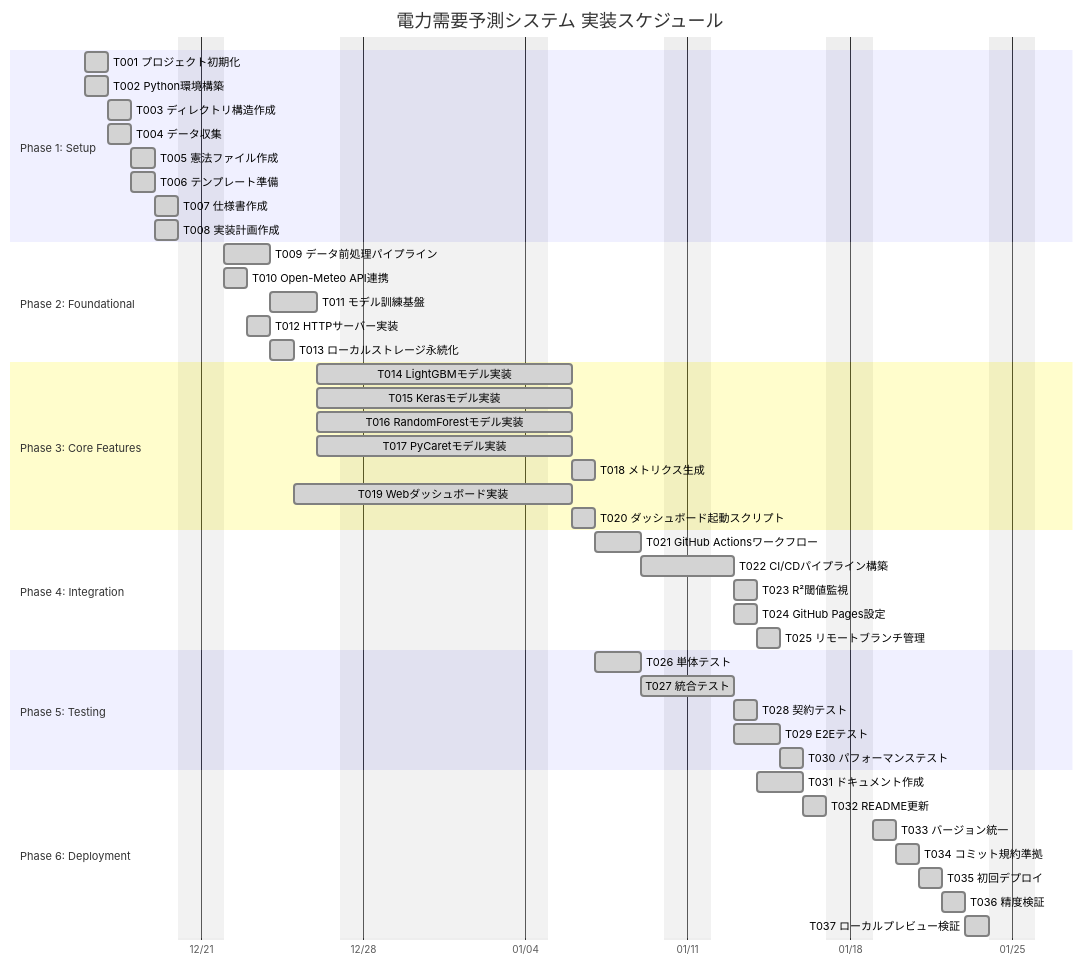
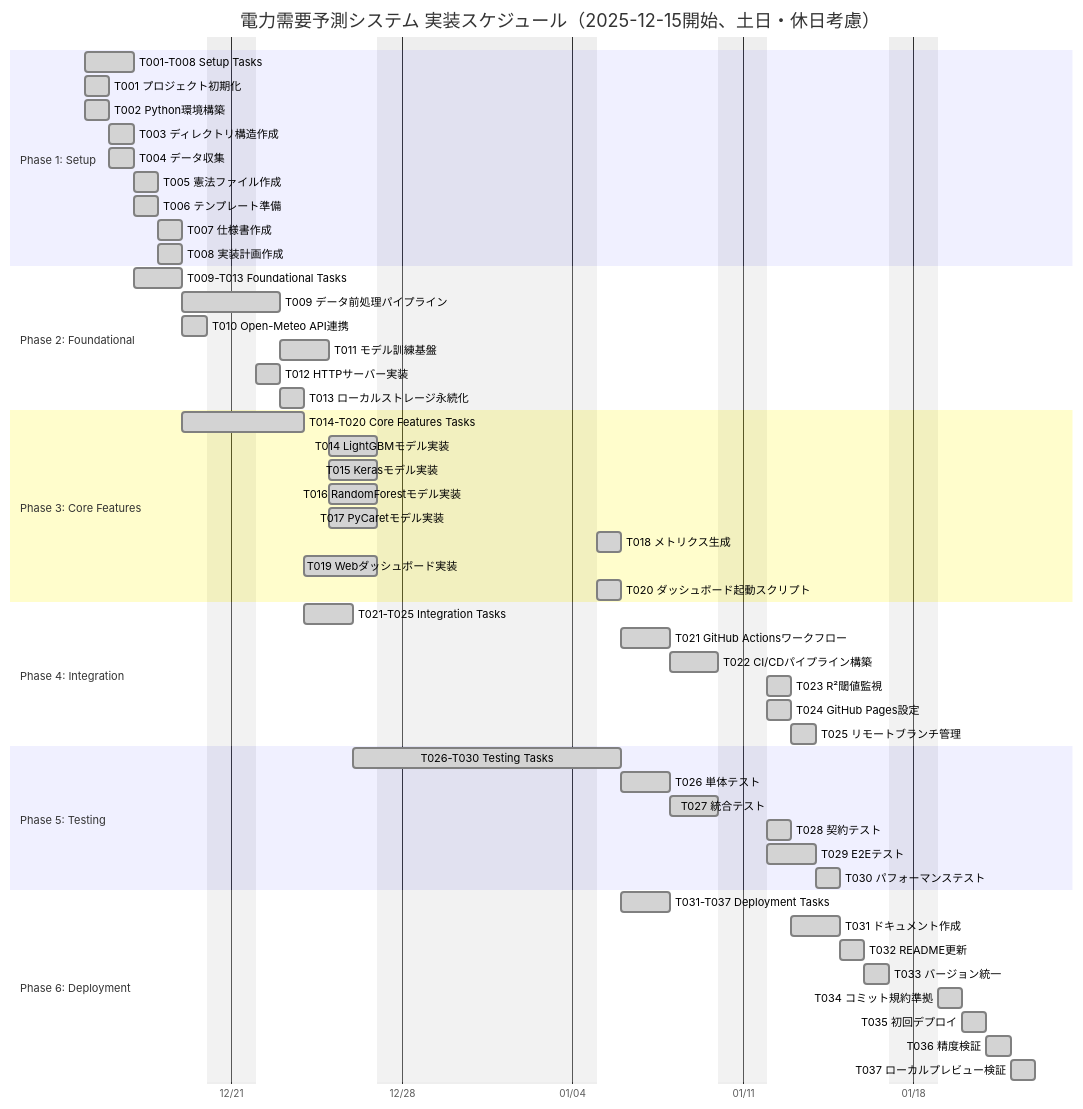
Before and after one commit to J1921604/Power-Demand-Forecast: the diagram in specs/001-Power-Demand-Forecast/tasks.md, drawn with Mermaid. The commit also changed other lines of this file and 2 other files, not shown here.

Commit message:
docs: tasks.md\u30ac\u30f3\u30c8\u30c1\u30e3\u30fc\u30c82025-12-15\u958b\u59cb\u306b\u4fee\u6b63\u3001plan.md\u69cb\u9020\u4fee\u6b63 - tasks.md: \u30ac\u30f3\u30c8\u30c1\u30e3\u30fc\u30c8\u958b\u59cb\u65e5\u30922025-12-15\u306b\u5909\u66f4 - tasks.md: Phase\u5225\u30bf\u30b9\u30af\u30b0\u30eb\u30fc\u30d7\uff08T001-T008\u7b49\uff09\u3092\u8ffd\u52a0 - tasks.md: \u30bf\u30a4\u30c8\u30eb\u306b\u300c2025-12-15\u958b\u59cb\u3001\u571f\u65e5\u30fb\u4f11\u65e5\u8003\u616e\u300d\u3092\u660e\u8a18 - plan.md: specs/\u69cb\u9020\u3092specs/001-Power-Demand-Forecast/\u306b\u6b63\u78ba\u306b\u4fee\u6b63 - plan.md: \u5168\u30c9\u30ad\u30e5\u30e1\u30f3\u30c8\u304cspecs/001-Power-Demand-Forecast/\u914d\u4e0b\u306b\u3042\u308b\u3053\u3068\u3092\u53cd\u6620

````diff
--- a/specs/001-Power-Demand-Forecast/tasks.md
+++ b/specs/001-Power-Demand-Forecast/tasks.md
@@ -24,56 +24,62 @@
 ```mermaid
 gantt
-    title 電力需要予測システム 実装スケジュール
+    title 電力需要予測システム 実装スケジュール（2025-12-15開始、土日・休日考慮）
     dateFormat YYYY-MM-DD
     axisFormat %m/%d
     excludes weekends 2025-12-28 2025-12-29 2025-12-30 2025-12-31 2026-01-01 2026-01-02 2026-01-03
   
     section Phase 1: Setup
-    T001 プロジェクト初期化           :done, t001, 2025-12-16, 1d
-    T002 Python環境構築               :done, t002, 2025-12-16, 1d
-    T003 ディレクトリ構造作成         :done, t003, 2025-12-17, 1d
-    T004 データ収集                   :done, t004, 2025-12-17, 1d
-    T005 憲法ファイル作成             :done, t005, 2025-12-18, 1d
-    T006 テンプレート準備             :done, t006, 2025-12-18, 1d
-    T007 仕様書作成                   :done, t007, 2025-12-19, 1d
-    T008 実装計画作成                 :done, t008, 2025-12-19, 1d
+    T001-T008 Setup Tasks             :done, p1, 2025-12-15, 2d
+    T001 プロジェクト初期化           :done, t001, 2025-12-15, 1d
+    T002 Python環境構築               :done, t002, 2025-12-15, 1d
+    T003 ディレクトリ構造作成         :done, t003, 2025-12-16, 1d
+    T004 データ収集                   :done, t004, 2025-12-16, 1d
+    T005 憲法ファイル作成             :done, t005, 2025-12-17, 1d
+    T006 テンプレート準備             :done, t006, 2025-12-17, 1d
+    T007 仕様書作成                   :done, t007, 2025-12-18, 1d
+    T008 実装計画作成                 :done, t008, 2025-12-18, 1d
   
     section Phase 2: Foundational
+    T009-T013 Foundational Tasks      :done, p2, after p1, 2d
     T009 データ前処理パイプライン     :done, t009, after t008, 2d
     T010 Open-Meteo API連携           :done, t010, after t008, 1d
     T011 モデル訓練基盤               :done, t011, after t009, 2d
     T012 HTTPサーバー実装             :done, t012, after t010, 1d
     T013 ローカルストレージ永続化     :done, t013, after t012, 1d
   
     section Phase 3: Core Features
+    T014-T020 Core Features Tasks     :done, p3, after p2, 3d
     T014 LightGBMモデル実装           :done, t014, after t011, 2d
     T015 Kerasモデル実装              :done, t015, after t011, 2d
     T016 RandomForestモデル実装       :done, t016, after t011, 2d
     T017 PyCaretモデル実装            :done, t017, after t011, 2d
     T018 メトリクス生成               :done, t018, after t014 t015 t016 t017, 1d
     T019 Webダッシュボード実装        :done, t019, after t013, 3d
     T020 ダッシュボード起動スクリプト :done, t020, after t019, 1d
   
     section Phase 4: Integration
+    T021-T025 Integration Tasks       :done, p4, after p3, 2d
     T021 GitHub Actionsワークフロー   :done, t021, after t018, 2d
     T022 CI/CDパイプライン構築        :done, t022, after t021, 2d
     T023 R²閾値監視                   :done, t023, after t022, 1d
     T024 GitHub Pages設定             :done, t024, after t022, 1d
     T025 リモートブランチ管理         :done, t025, after t024, 1d
   
     section Phase 5: Testing
+    T026-T030 Testing Tasks           :done, p5, after p4, 2d
     T026 単体テスト                   :done, t026, after t020, 2d
     T027 統合テスト                   :done, t027, after t026, 2d
     T028 契約テスト                   :done, t028, after t027, 1d
     T029 E2Eテスト                    :done, t029, after t027, 2d
     T030 パフォーマンステスト         :done, t030, after t029, 1d
   
     section Phase 6: Deployment
+    T031-T037 Deployment Tasks        :done, p6, after p5, 2d
     T031 ドキュメント作成             :done, t031, after t023, 2d
     T032 README更新                   :done, t032, after t031, 1d
     T033 バージョン統一               :done, t033, after t032, 1d
     T034 コミット規約準拠             :done, t034, after t033, 1d
     T035 初回デプロイ                 :done, t035, after t025 t030 t034, 1d
     T036 精度検証                     :done, t036, after t035, 1d
     T037 ローカルプレビュー検証       :done, t037, after t036, 1d
 ```
````
